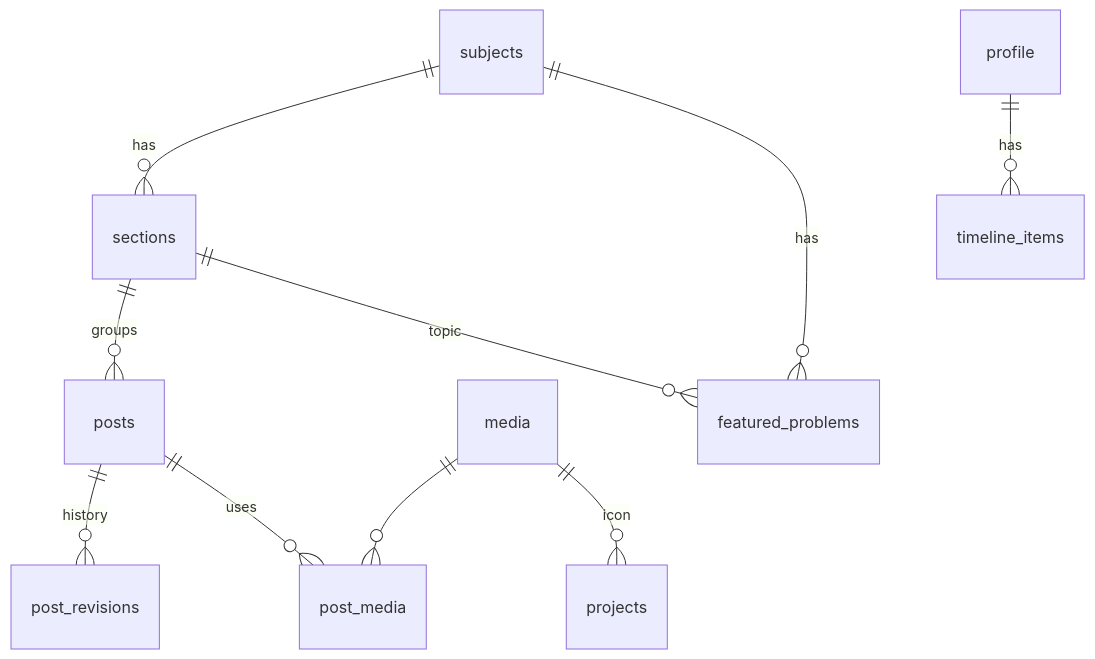
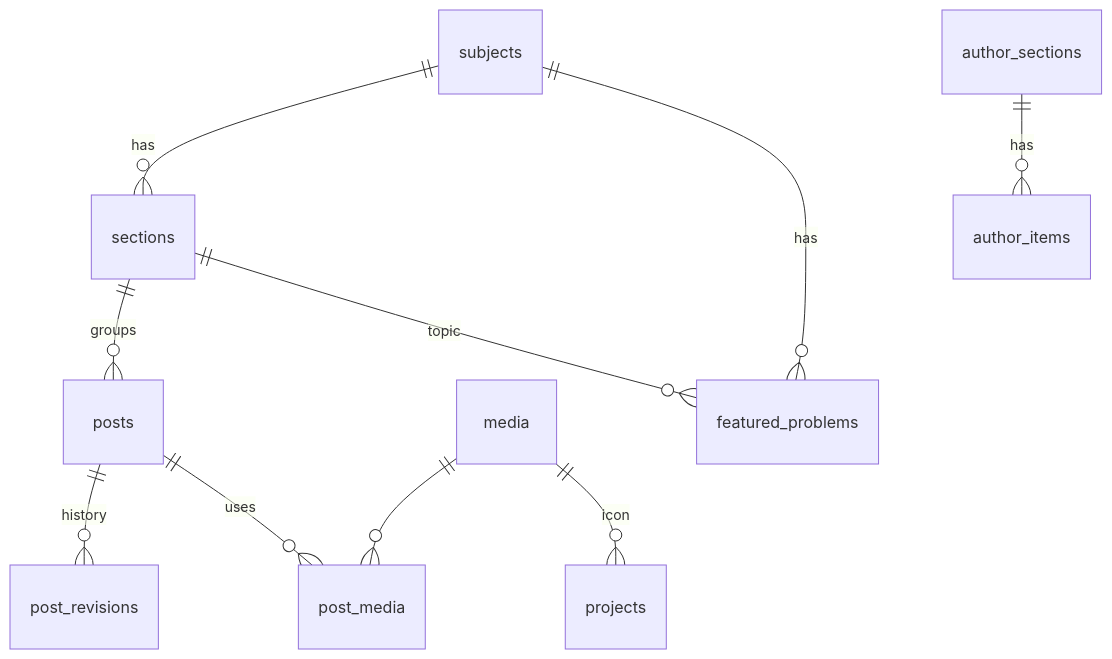
One commit to codingspacekh/codingspace changed the third of 3 diagrams in docs/03-system-analysis.md. Above: the diagram before and after it, drawn with Mermaid. The commit also changed other lines of this file and 5 other files, not shown here.

First line of the commit message:
Author page cleanup: remove the old timeline, views and save functions (#53)

````diff
--- a/docs/03-system-analysis.md
+++ b/docs/03-system-analysis.md
@@ -218,12 +218,12 @@
 ```mermaid
 erDiagram
   subjects ||--o{ sections : has
   sections ||--o{ posts : groups
   posts ||--o{ post_revisions : history
   posts ||--o{ post_media : uses
   media ||--o{ post_media : ""
   subjects ||--o{ featured_problems : has
   sections ||--o{ featured_problems : topic
   media ||--o{ projects : icon
-  profile ||--o{ timeline_items : has
+  author_sections ||--o{ author_items : has
 ```
````
